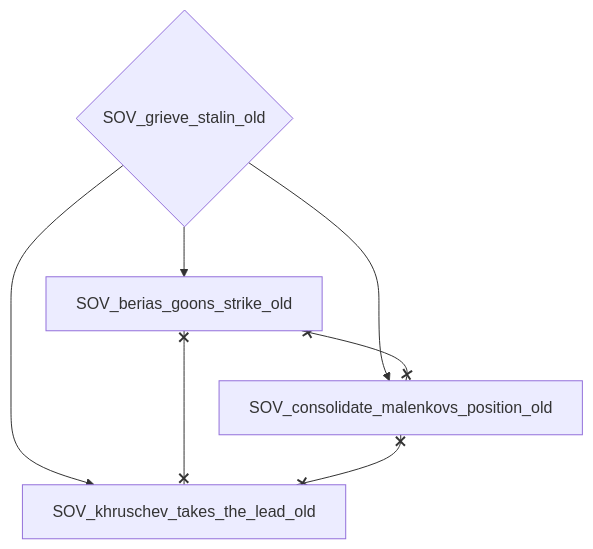
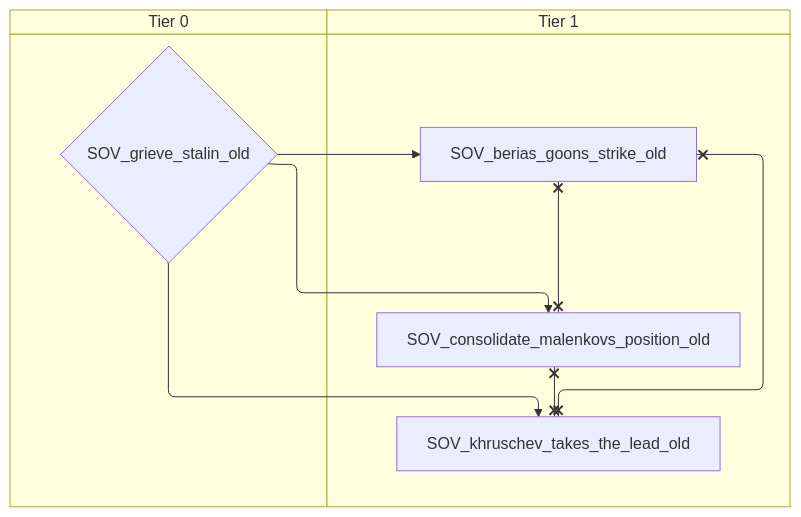
The fifth of 10 diagrams in docs/gdd/National Focuses/soviet_old.md (evgeny-sobol/hoi4-sandbox-mode-r56), drawn with Mermaid before and after one commit. The commit also changed other lines of this file and 423 other files, not shown here.

First line of the commit message:
Re-export Rt56 focus trees as swimlane diagrams

````diff
--- a/docs/gdd/National Focuses/soviet_old.md
+++ b/docs/gdd/National Focuses/soviet_old.md
@@ -540,13 +620,17 @@
 ```mermaid
-flowchart TD
-    n145["SOV_berias_goons_strike_old"]
-    n146["SOV_consolidate_malenkovs_position_old"]
-    n147{"SOV_grieve_stalin_old"}
-    n148["SOV_khruschev_takes_the_lead_old"]
-    n147 --> n145
-    n147 --> n146
-    n147 --> n148
-    n145 x--x n146
-    n145 x--x n148
+swimlane-beta TD
+    subgraph tier_0["Tier 0"]
+        n145{"SOV_grieve_stalin_old"}
+    end
+    subgraph tier_1["Tier 1"]
+        n146["SOV_berias_goons_strike_old"]
+        n147["SOV_consolidate_malenkovs_position_old"]
+        n148["SOV_khruschev_takes_the_lead_old"]
+    end
+    n145 --> n146
+    n145 --> n147
+    n145 --> n148
+    n146 x--x n147
     n146 x--x n148
+    n147 x--x n148
 ```
````
